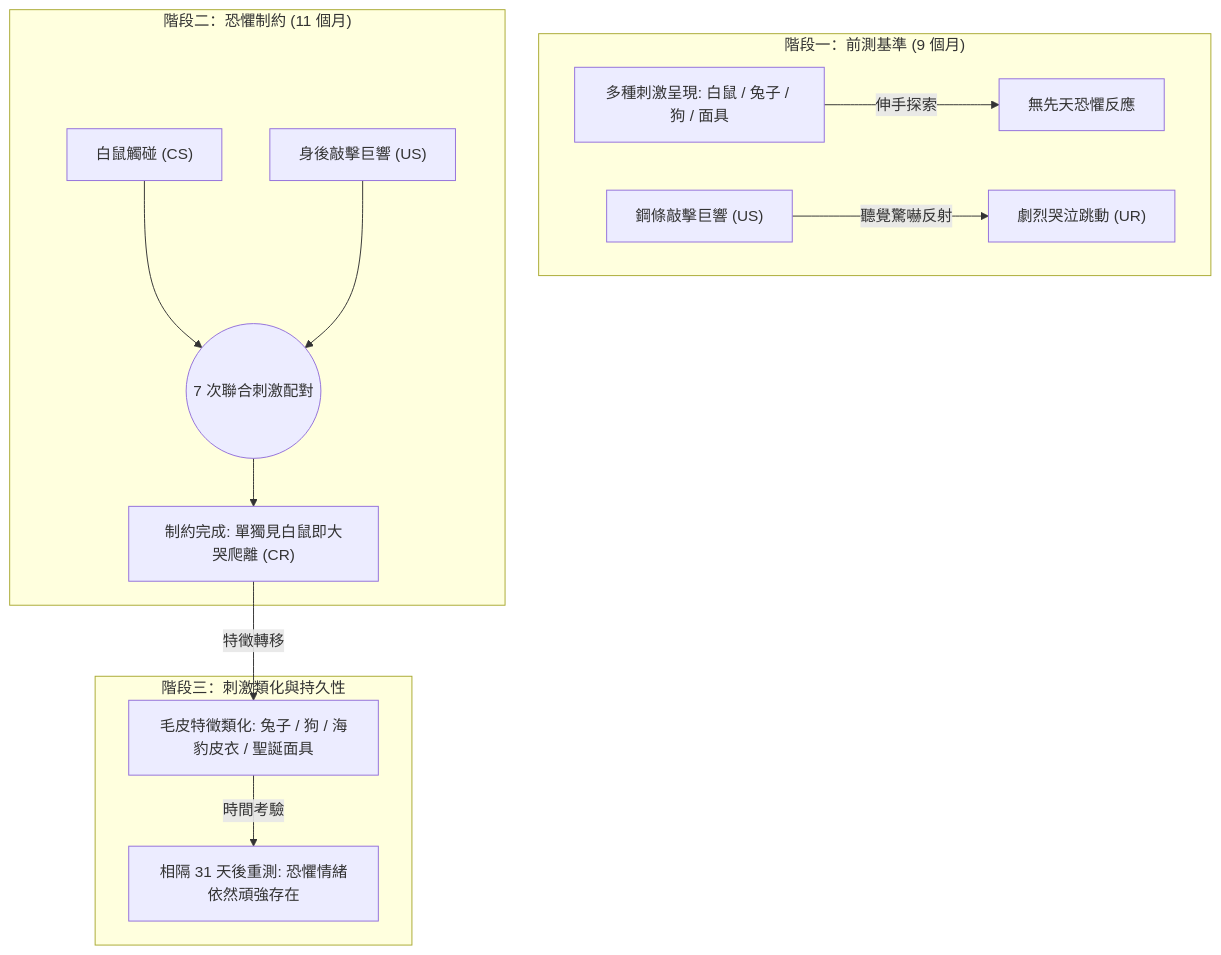
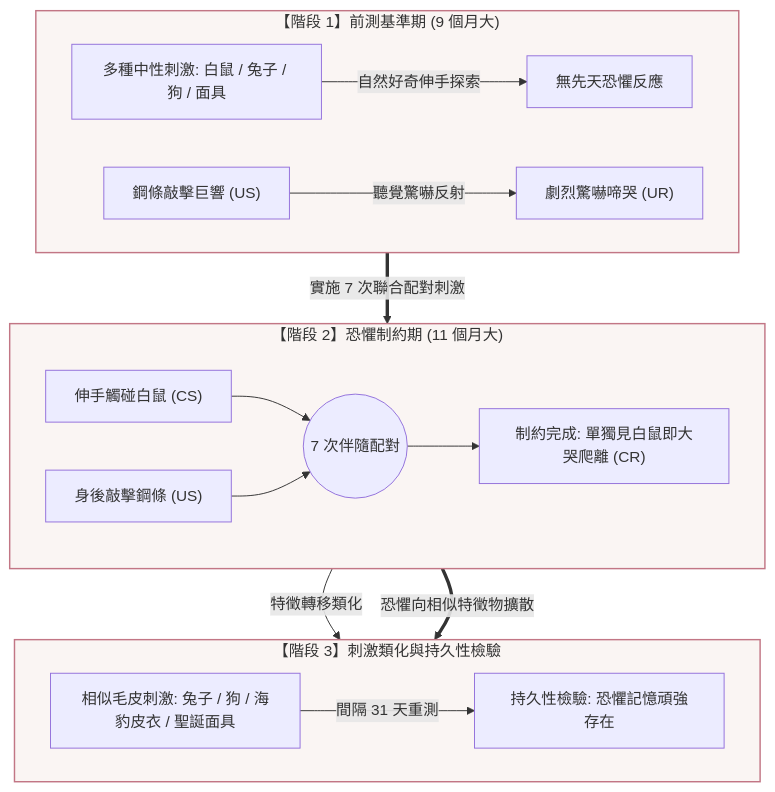
The diagram in wiki/sources/watson-rayner-1920-conditioned-fear.md (sasa0905/10), drawn with Mermaid before and after one commit. The commit also changed 37 other files, not shown here.

````diff
--- a/wiki/sources/watson-rayner-1920-conditioned-fear.md
+++ b/wiki/sources/watson-rayner-1920-conditioned-fear.md
@@ -40,18 +40,28 @@
 ```mermaid
 graph TD
-    subgraph P1 ["階段一：前測基準 (9 個月)"]
-        S_NEUTRAL["多種刺激呈現: 白鼠 / 兔子 / 狗 / 面具"] -->|伸手探索| R_SAFE["無先天恐懼反應"]
-        S_LOUD["鋼條敲擊巨響 (US)"] -->|聽覺驚嚇反射| R_FEAR["劇烈哭泣跳動 (UR)"]
+    subgraph P1 ["【階段 1】前測基準期 (9 個月大)"]
+        direction LR
+        S_NEUTRAL["多種中性刺激: 白鼠 / 兔子 / 狗 / 面具"] -->|自然好奇伸手探索| R_SAFE["無先天恐懼反應"]
+        S_LOUD["鋼條敲擊巨響 (US)"] -->|聽覺驚嚇反射| R_FEAR["劇烈驚嚇啼哭 (UR)"]
     end
 
-    subgraph P2 ["階段二：恐懼制約 (11 個月)"]
-        CS["白鼠觸碰 (CS)"] --> PAIR(("7 次聯合刺激配對"))
-        US["身後敲擊巨響 (US)"] --> PAIR
+    P1 ==>|"實施 7 次聯合配對刺激"| P2
+
+    subgraph P2 ["【階段 2】恐懼制約期 (11 個月大)"]
+        direction LR
+        CS["伸手觸碰白鼠 (CS)"] --> PAIR(("7 次伴隨配對"))
+        US["身後敲擊鋼條 (US)"] --> PAIR
         PAIR --> CR["制約完成: 單獨見白鼠即大哭爬離 (CR)"]
     end
 
-    subgraph P3 ["階段三：刺激類化與持久性"]
-        CR -->|特徵轉移| TRANS["毛皮特徵類化: 兔子 / 狗 / 海豹皮衣 / 聖誕面具"]
-        TRANS -->|時間考驗| RET["相隔 31 天後重測: 恐懼情緒依然頑強存在"]
+    P2 ==>|"恐懼向相似特徵物擴散"| P3
+
+    subgraph P3 ["【階段 3】刺激類化與持久性檢驗"]
+        direction LR
+        CR -->|特徵轉移類化| TRANS["相似毛皮刺激: 兔子 / 狗 / 海豹皮衣 / 聖誕面具"]
+        TRANS -->|間隔 31 天重測| RET["持久性檢驗: 恐懼記憶頑強存在"]
     end
+
+    classDef stage fill:#faf5f3,stroke:#c27685,stroke-width:1.5px;
+    class P1,P2,P3 stage;
 ```
````
